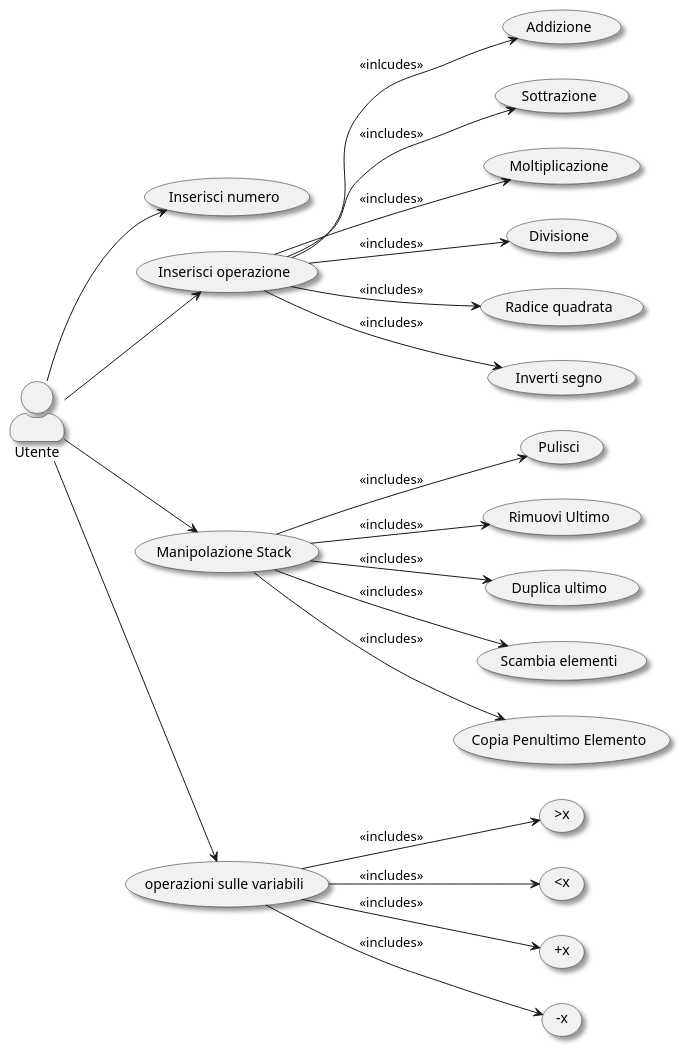
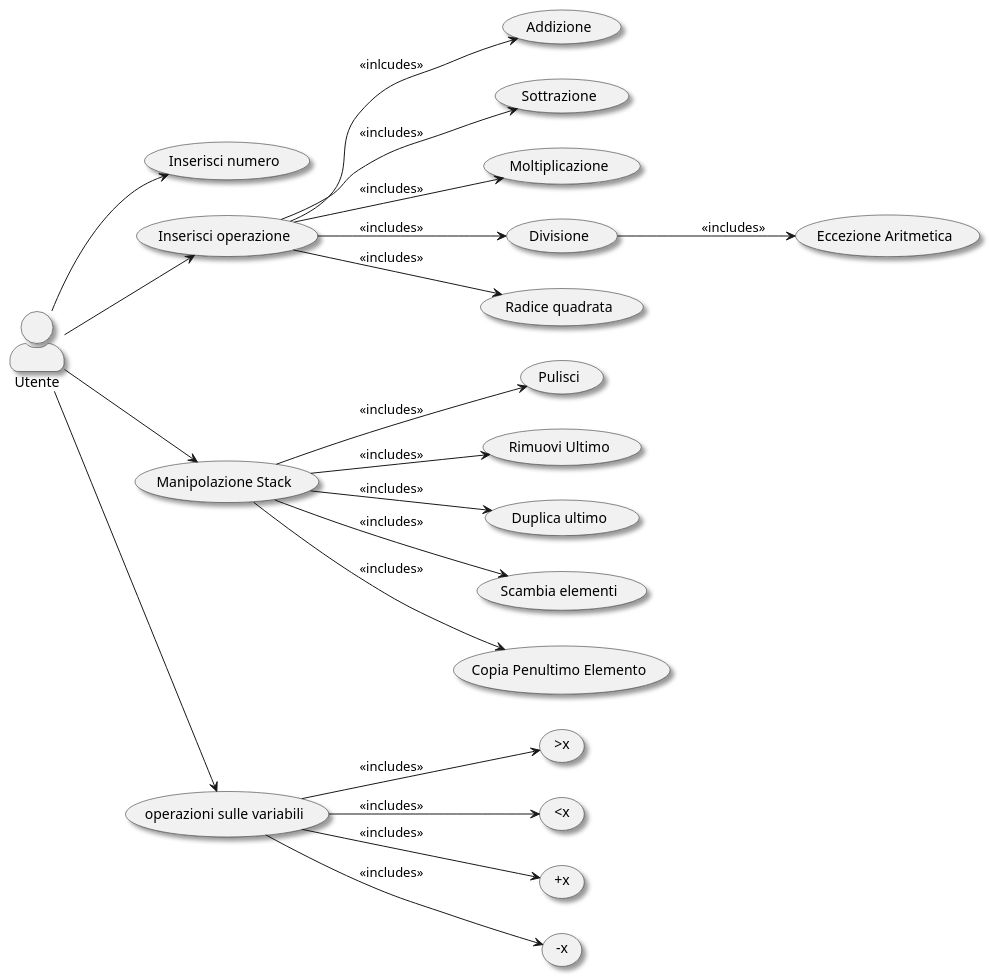
Before and after one commit to LuciaNancyLavista/Gruppo06_software_eng_L.I.V.P: the diagram in CalcolatriceProgrammabile/UseCaseDiagramm/Usecasecal.puml, drawn with PlantUML.

Commit message:
Aggiornamento useCase
Aggiunta la gestione delle Eccezioni di tipo Aritmetica

```diff
--- a/CalcolatriceProgrammabile/UseCaseDiagramm/Usecasecal.puml
+++ b/CalcolatriceProgrammabile/UseCaseDiagramm/Usecasecal.puml
@@ -1,54 +1,51 @@
 @startuml calcolatrice
 skinparam actorStyle awesome
 skinparam shadowing true
 left to right direction
 
 actor "Utente" as user 
 
 usecase "Inserisci numero" as inserisci
 usecase "Inserisci operazione" as operazione
 usecase "Addizione" as add 
 usecase "Sottrazione" as minus
 usecase "Moltiplicazione" as multiply
 usecase "Divisione" as division
-usecase "Radice quadrata" as sqrt
-usecase "Inverti segno" as insg 
+usecase "Radice quadrata" as sqrt 
+usecase "Eccezione Aritmetica" as exception
 
 usecase "Manipolazione Stack" as manipolazione
 usecase "Pulisci" as clear
 usecase "Rimuovi Ultimo" as drop
 usecase "Duplica ultimo" as dup
 usecase "Scambia elementi" as swap
 usecase "Copia Penultimo Elemento" as over 
 
 usecase "operazioni sulle variabili" as Support 
 usecase ">x" as salva 
 usecase "<x" as copia 
 usecase "+x" as sommaVar 
 usecase "-x" as diffVar 
 
 user  --> operazione
 user --> inserisci 
 operazione --> add : <<inlcudes>>
 operazione --> minus : <<includes>>
 operazione --> multiply : <<includes>>
 operazione --> division : <<includes>>
 operazione --> sqrt : <<includes>>
-operazione --> insg : <<includes>>
-
+division --> exception : <<includes>>
 
 user --> manipolazione 
 manipolazione --> clear : <<includes>>
 manipolazione --> drop : <<includes>>
 manipolazione --> dup : <<includes>>
 manipolazione --> swap : <<includes>>
 manipolazione -->over : <<includes>>
 
 user --> Support 
 Support --> salva : <<includes>>
 Support --> copia : <<includes>>
 Support --> sommaVar : <<includes>>
 Support --> diffVar : <<includes>>
-
-
 @enduml
```
